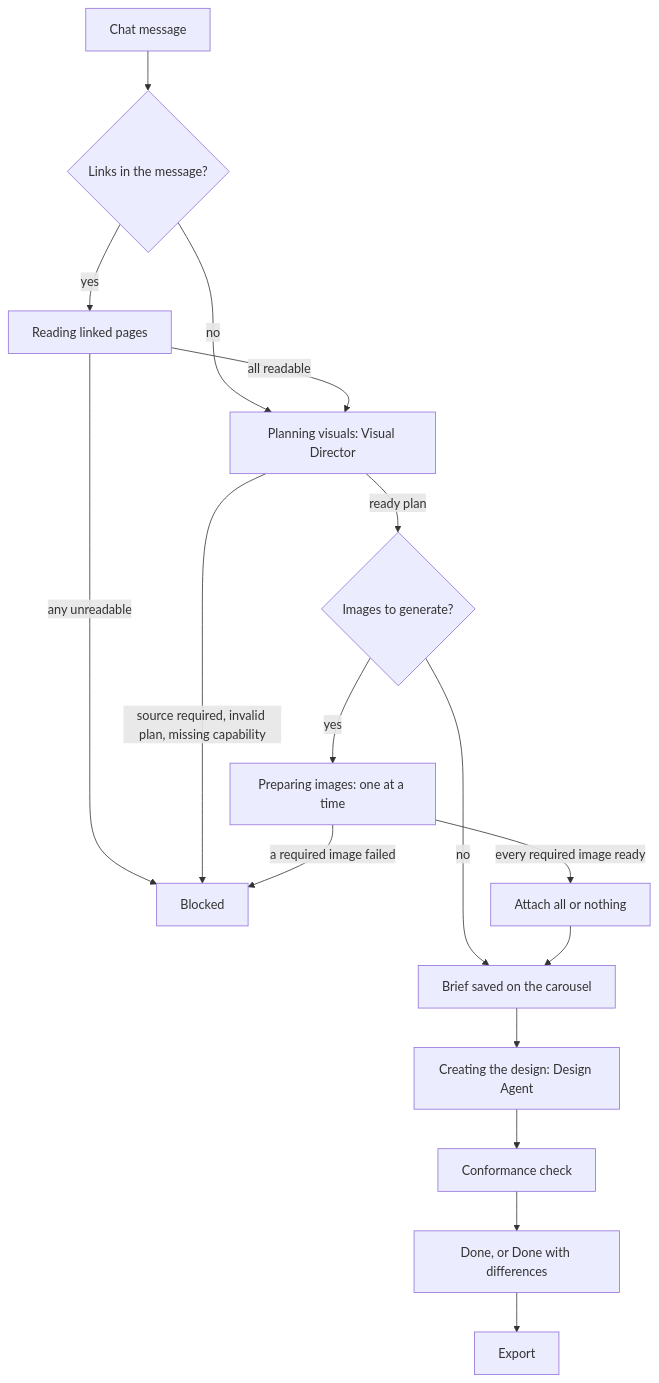
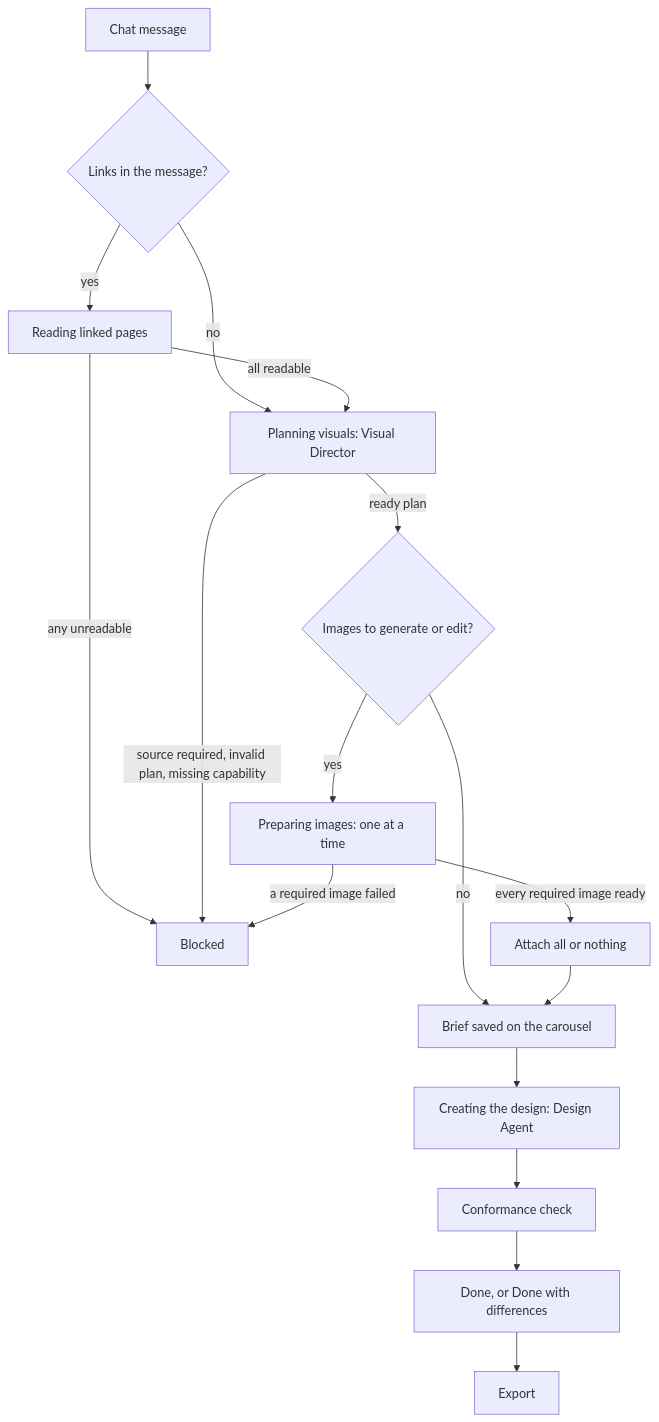
The first of 3 diagrams in docs/architecture/creative-workflow.md (mk-global/creatorbrio), drawn with Mermaid before and after one commit. The commit also changed other lines of this file and 19 other files, not shown here.

````diff
--- a/docs/architecture/creative-workflow.md
+++ b/docs/architecture/creative-workflow.md
@@ -21,19 +21,19 @@
 ```mermaid
 flowchart TD
     M[Chat message] --> L{Links in the message?}
     L -- yes --> S[Reading linked pages]
     L -- no --> P
     S -- all readable --> P[Planning visuals: Visual Director]
     S -- any unreadable --> B[Blocked]
-    P -- ready plan --> I{Images to generate?}
+    P -- ready plan --> I{Images to generate or edit?}
     P -- source required, invalid plan, missing capability --> B
     I -- yes --> G[Preparing images: one at a time]
     I -- no --> K
     G -- every required image ready --> A[Attach all or nothing]
     G -- a required image failed --> B
     A --> K[Brief saved on the carousel]
     K --> D[Creating the design: Design Agent]
     D --> C[Conformance check]
     C --> E[Done, or Done with differences]
     E --> X[Export]
 ```
````
